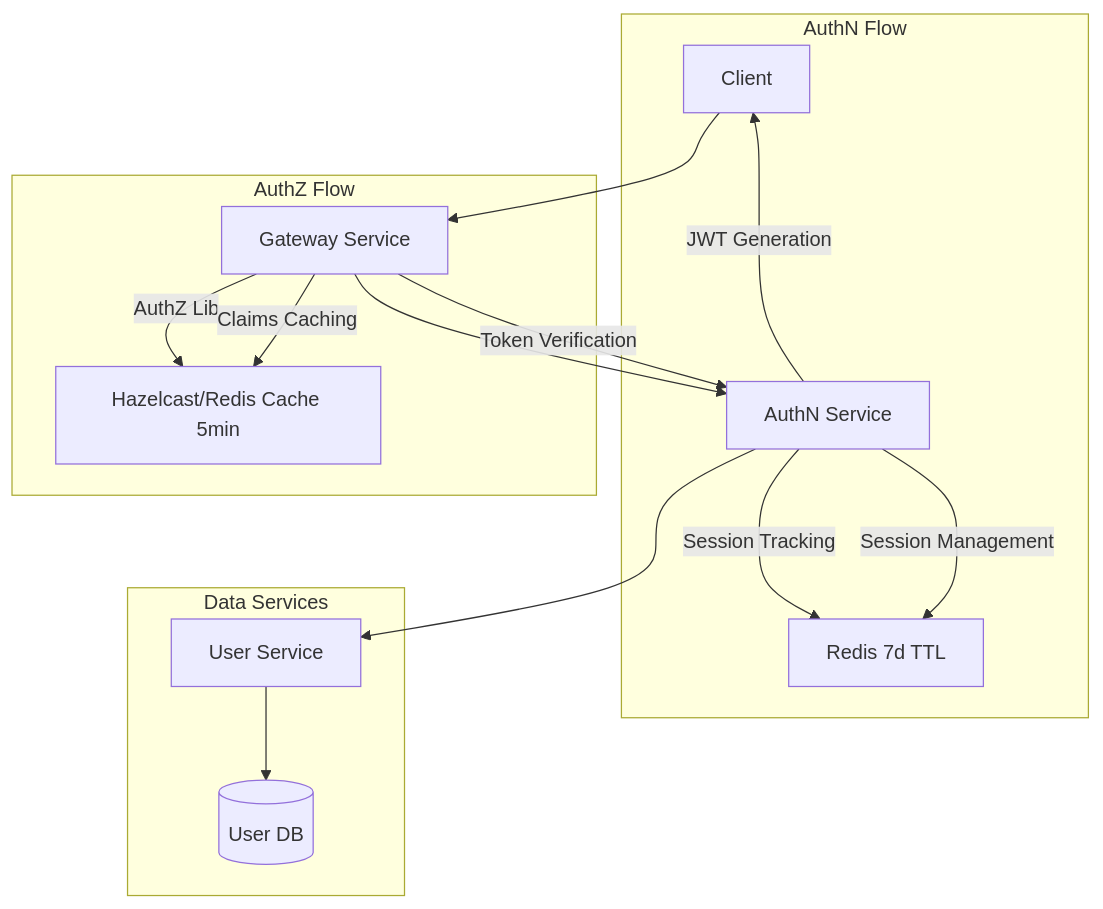
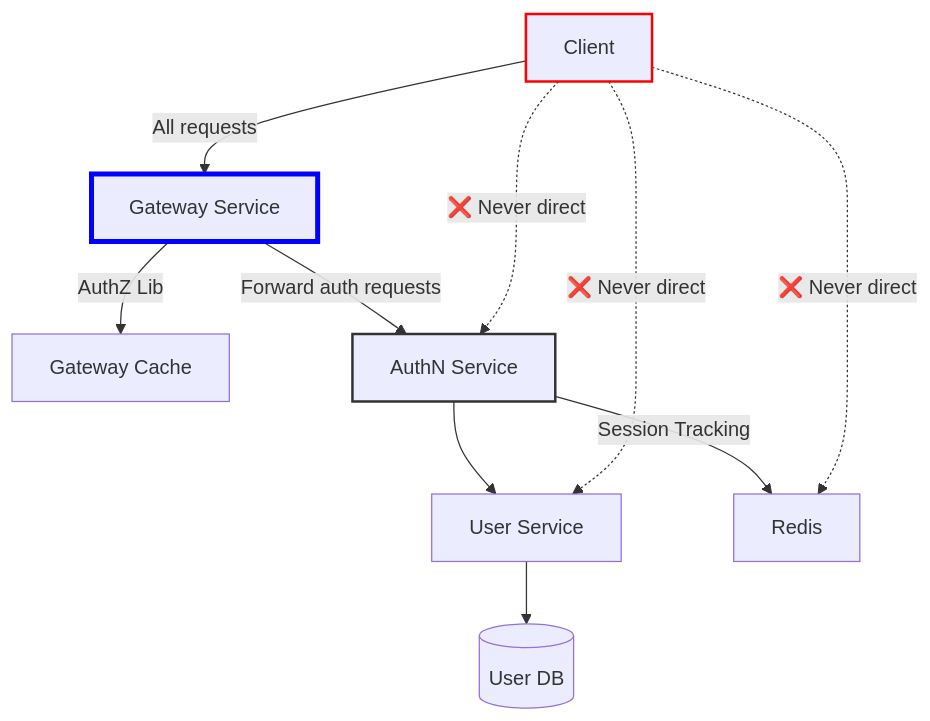
Before and after one commit to Cloud-Commerce/microservices-orchestration: the diagram in AuthN-AuthZ-Flow.md, drawn with Mermaid.

````diff
--- a/AuthN-AuthZ-Flow.md
+++ b/AuthN-AuthZ-Flow.md
@@ -1,22 +1,19 @@
 ```mermaid
 graph TD
-    C[Client] --> G[Gateway Service]
-    G -->|AuthZ Lib| H[Hazelcast/Redis Cache 5min]
-    G --> A[AuthN Service]
+    C[Client] -->|All requests| G[Gateway Service]
+    G -->|AuthZ Lib| H[Gateway Cache]
+    G -->|Forward auth requests| A[AuthN Service]
     A --> U[User Service]
-    A -->|Session Tracking| R[Redis 7d TTL]
-    
-    subgraph AuthN Flow
-        A -->|JWT Generation| C
-        A -->|Session Management| R
-    end
-    
-    subgraph AuthZ Flow
-        G -->|Token Verification| A
-        G -->|Claims Caching| H
-    end
-    
-    subgraph Data Services
-        U --> DB[(User DB)]
-    end
+    A -->|Session Tracking| R[Redis]
+    U --> DB[(User DB)]
+
+    %% Strict communication rules
+    style C stroke:#ff0000,stroke-width:2px
+    style G stroke:#0000ff,stroke-width:4px
+    style A stroke:#333,stroke-width:2px
+
+    %% No direct client-service paths
+    C -.->|❌ Never direct| A
+    C -.->|❌ Never direct| U
+    C -.->|❌ Never direct| R
 ```
````
